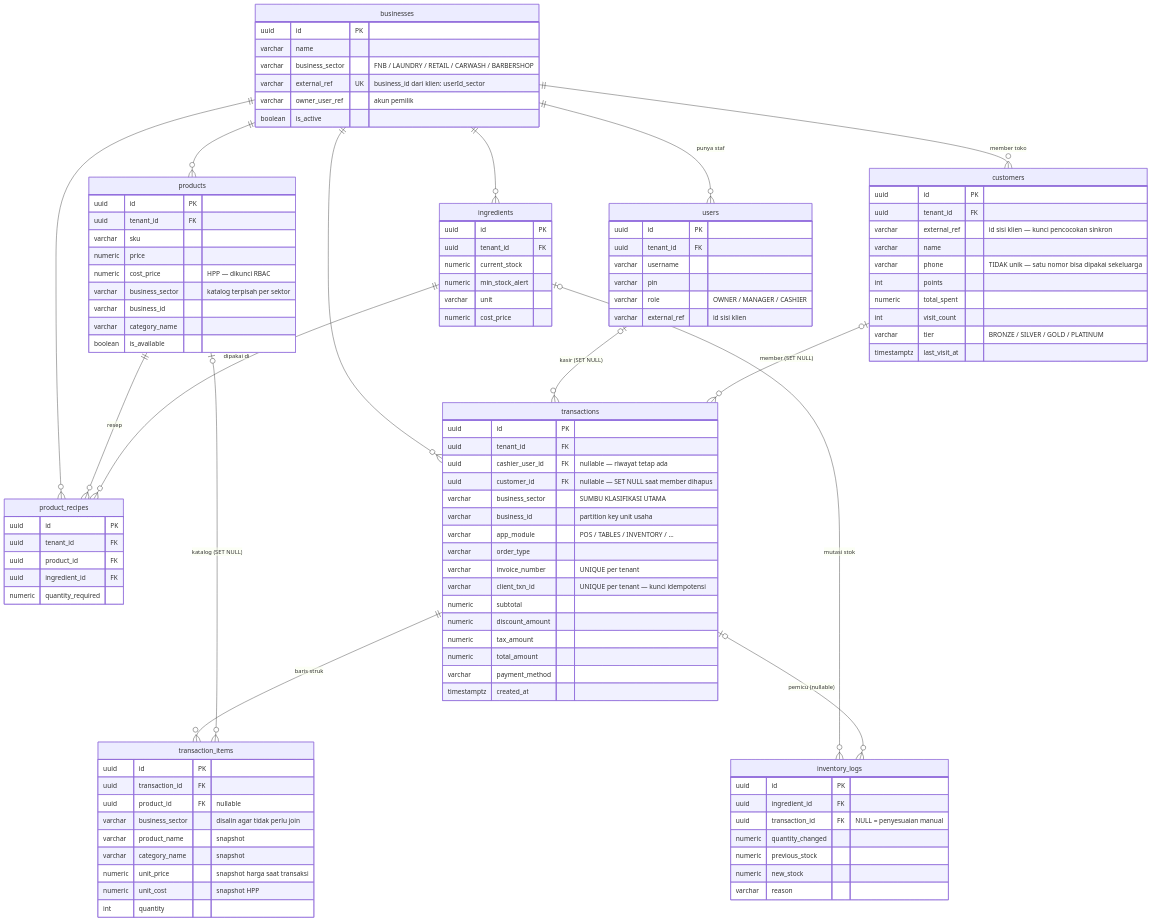
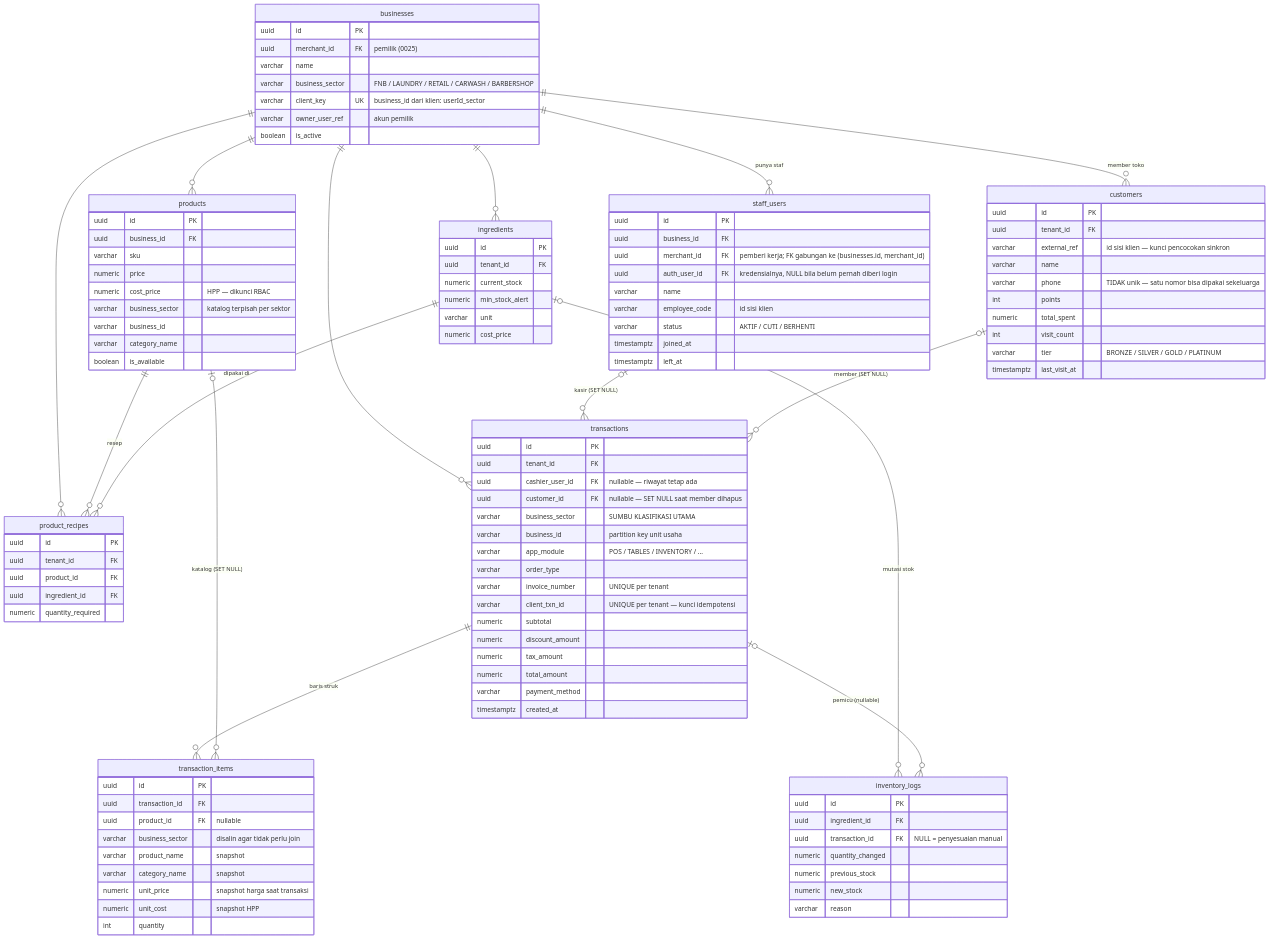
The first of 10 diagrams in docs/erd.md (slaks37/kasir-newhope), drawn with Mermaid before and after one commit. The commit also changed other lines of this file and 23 other files, not shown here.

````diff
--- a/docs/erd.md
+++ b/docs/erd.md
@@ -29,6 +29,6 @@
 ```mermaid
 erDiagram
-    businesses ||--o{ users            : "punya staf"
+    businesses ||--o{ staff_users      : "punya staf"
     businesses ||--o{ products         : ""
     businesses ||--o{ ingredients      : ""
     businesses ||--o{ product_recipes  : ""
@@ -37,7 +37,7 @@
 
     products      ||--o{ product_recipes   : "resep"
     ingredients   ||--o{ product_recipes   : "dipakai di"
-    users         |o--o{ transactions      : "kasir (SET NULL)"
+    staff_users   |o--o{ transactions      : "kasir (SET NULL)"
     customers     |o--o{ transactions      : "member (SET NULL)"
     transactions  ||--o{ transaction_items : "baris struk"
     products      |o--o{ transaction_items : "katalog (SET NULL)"
@@ -46,23 +46,27 @@
 
     businesses {
         uuid id PK
+        uuid merchant_id FK "pemilik (0025)"
         varchar name
         varchar business_sector "FNB / LAUNDRY / RETAIL / CARWASH / BARBERSHOP"
-        varchar external_ref UK "business_id dari klien: userId_sector"
+        varchar client_key UK "business_id dari klien: userId_sector"
         varchar owner_user_ref "akun pemilik"
         boolean is_active
     }
-    users {
+    staff_users {
         uuid id PK
-        uuid tenant_id FK
-        varchar username
-        varchar pin
-        varchar role "OWNER / MANAGER / CASHIER"
-        varchar external_ref "id sisi klien"
+        uuid business_id FK
+        uuid merchant_id FK "pemberi kerja; FK gabungan ke (businesses.id, merchant_id)"
+        uuid auth_user_id FK "kredensialnya, NULL bila belum pernah diberi login"
+        varchar name
+        varchar employee_code "id sisi klien"
+        varchar status "AKTIF / CUTI / BERHENTI"
+        timestamptz joined_at
+        timestamptz left_at
     }
     products {
         uuid id PK
-        uuid tenant_id FK
+        uuid business_id FK
         varchar sku
         numeric price
         numeric cost_price "HPP — dikunci RBAC"
````
